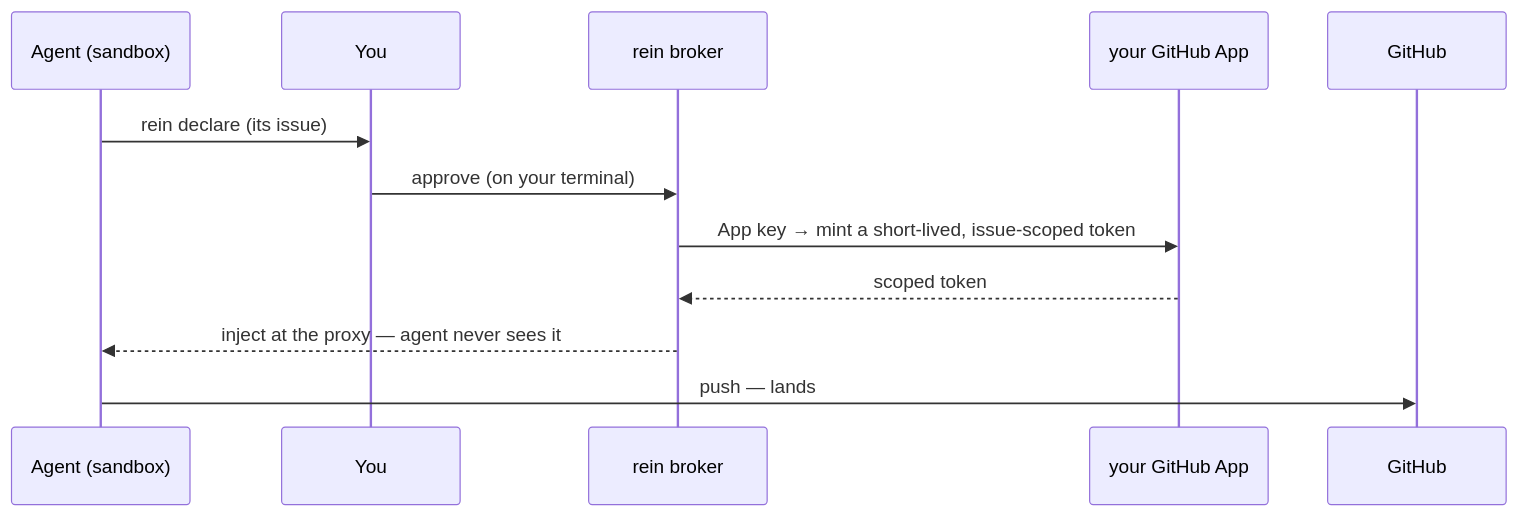
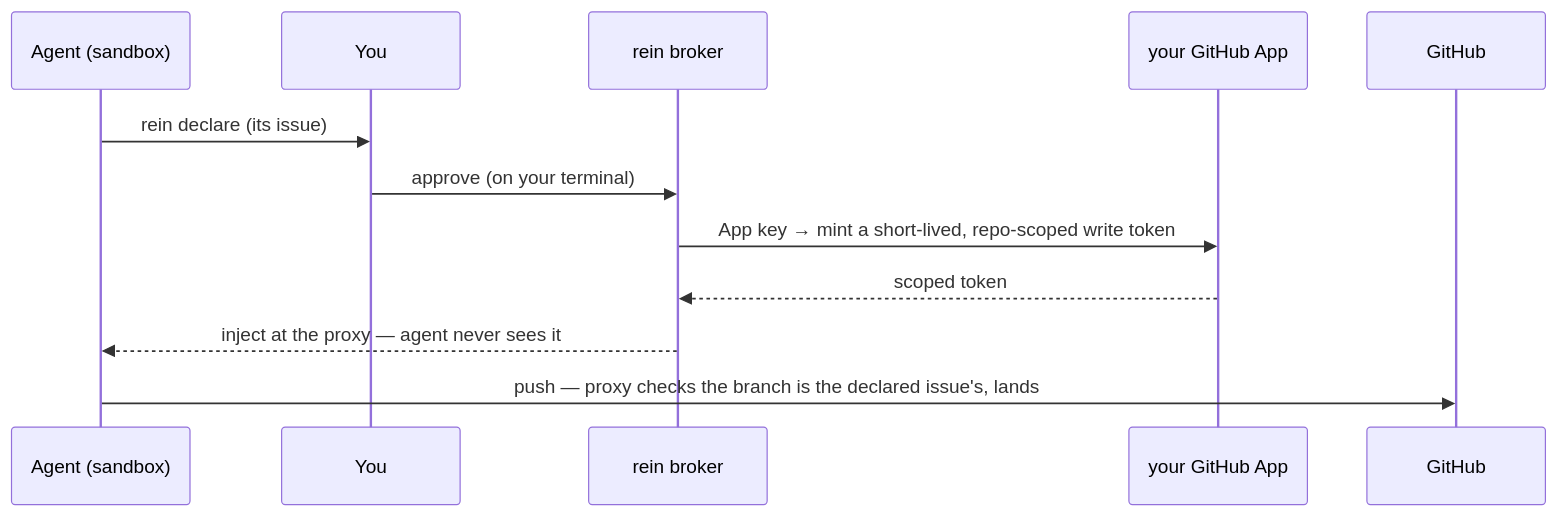
The second of 2 diagrams in README.md (TomHennen/rein), drawn with Mermaid before and after one commit. The commit also changed other lines of this file and 1 other file, not shown here.

First line of the commit message:
docs(README): drift pass — fix the issue-scoped-token claim, restructure per wrangle's doc rules (#104)

````diff
--- a/README.md
+++ b/README.md
@@ -68,14 +158,14 @@
 ```mermaid
 sequenceDiagram
   participant A as Agent (sandbox)
   participant You
   participant R as rein broker
   participant App as your GitHub App
   participant G as GitHub
   A->>You: rein declare (its issue)
   You->>R: approve (on your terminal)
-  R->>App: App key → mint a short-lived, issue-scoped token
+  R->>App: App key → mint a short-lived, repo-scoped write token
   App-->>R: scoped token
   R-->>A: inject at the proxy — agent never sees it
-  A->>G: push — lands
+  A->>G: push — proxy checks the branch is the declared issue's, lands
 ```
````
